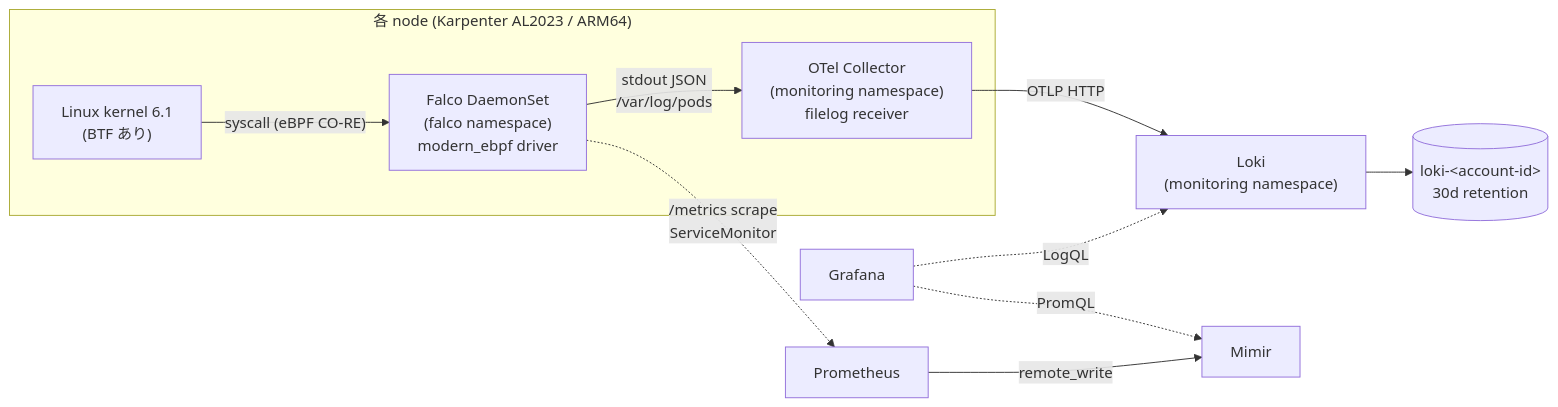
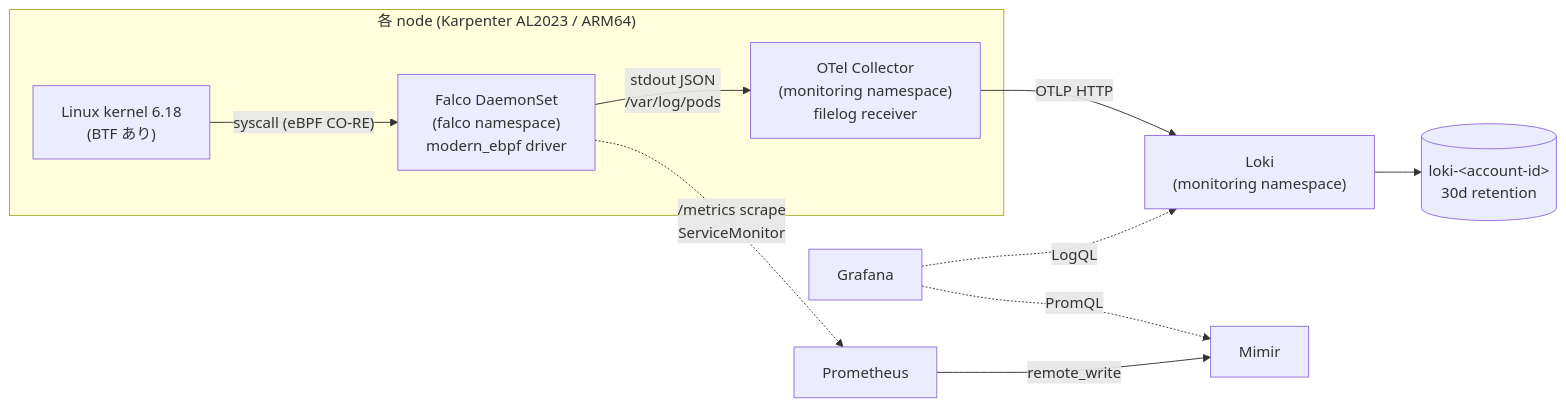
Before and after one commit to panicboat/platform: the diagram in docs/superpowers/specs/2026-08-08-eks-production-falco-runtime-security-design.md, drawn with Mermaid. The commit also changed other lines of this file and 1 other file, not shown here.

````diff
--- a/docs/superpowers/specs/2026-08-08-eks-production-falco-runtime-security-design.md
+++ b/docs/superpowers/specs/2026-08-08-eks-production-falco-runtime-security-design.md
@@ -51,23 +51,23 @@
 ```mermaid
 flowchart LR
     subgraph Node["各 node (Karpenter AL2023 / ARM64)"]
-        Kernel["Linux kernel 6.1<br/>(BTF あり)"]
+        Kernel["Linux kernel 6.18<br/>(BTF あり)"]
         Falco["Falco DaemonSet<br/>(falco namespace)<br/>modern_ebpf driver"]
         OTelCol["OTel Collector<br/>(monitoring namespace)<br/>filelog receiver"]
     end
 
     Loki["Loki<br/>(monitoring namespace)"]
     S3[("loki-&lt;account-id&gt;<br/>30d retention")]
     Prometheus["Prometheus"]
     Mimir["Mimir"]
     Grafana["Grafana"]
 
     Kernel -->|"syscall (eBPF CO-RE)"| Falco
     Falco -->|"stdout JSON<br/>/var/log/pods"| OTelCol
     OTelCol -->|"OTLP HTTP"| Loki
     Loki --> S3
     Falco -.->|"/metrics scrape<br/>ServiceMonitor"| Prometheus
     Prometheus -->|remote_write| Mimir
     Grafana -.->|LogQL| Loki
     Grafana -.->|PromQL| Mimir
 ```
````
